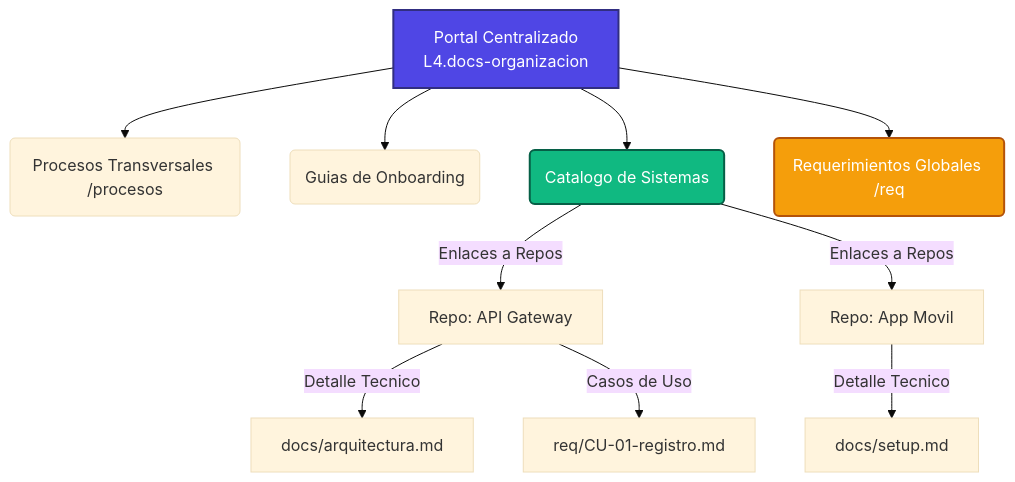
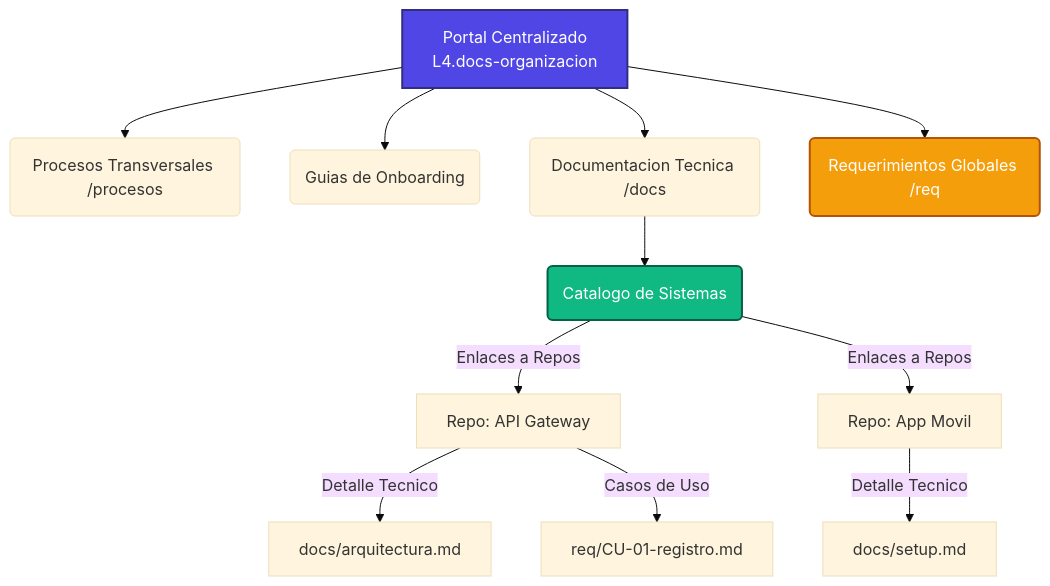
Before and after one commit to L4CR/L4.Land4.Docs: the diagram in index.md, drawn with Mermaid (base theme). The commit also changed other lines of this file and 9 other files, not shown here.

````diff
--- a/index.md
+++ b/index.md
@@ -19,19 +19,20 @@
 ```mermaid
 graph TD
     A[Portal Centralizado <br> L4.docs-organizacion] --> P(Procesos Transversales /procesos)
     A --> C(Guias de Onboarding)
-    A --> D(Catalogo de Sistemas)
+    A --> T(Documentacion Tecnica /docs)
     A --> K(Requerimientos Globales /req)
 
+    T --> D(Catalogo de Sistemas)
     D -->|Enlaces a Repos| E[Repo: API Gateway]
     D -->|Enlaces a Repos| F[Repo: App Movil]
 
     E -->|Detalle Tecnico| H[docs/arquitectura.md]
     E -->|Casos de Uso| L[req/CU-01-registro.md]
 
     F -->|Detalle Tecnico| I[docs/setup.md]
 
     style A fill:#4F46E5,stroke:#312E81,stroke-width:2px,color:#fff
     style D fill:#10B981,stroke:#065F46,stroke-width:2px,color:#fff
     style K fill:#F59E0B,stroke:#B45309,stroke-width:2px,color:#fff
 ```
````
